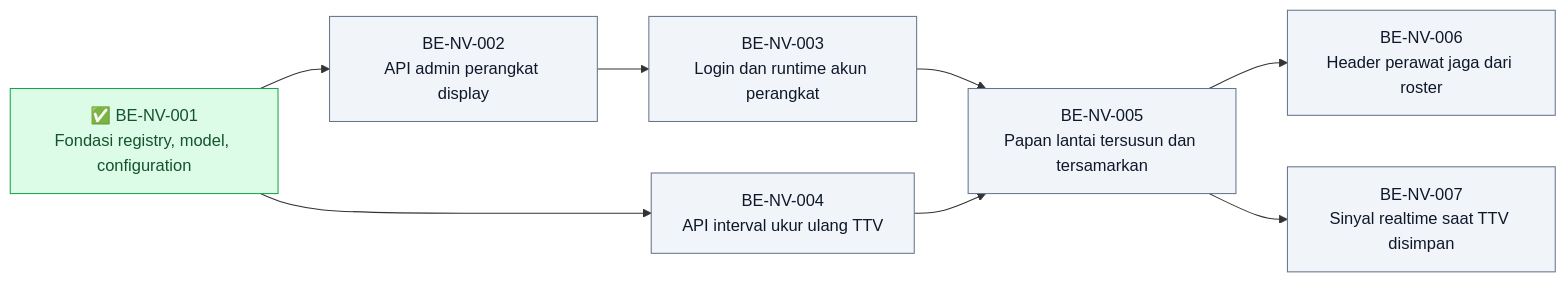
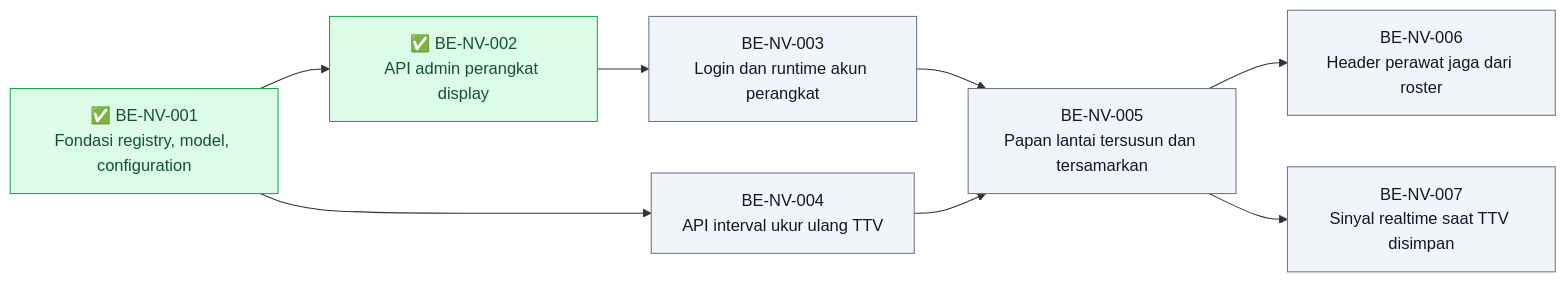
The diagram in docs/module-blueprints/nurse-view/roadmap/backend-roadmap.md (DevBenari/NewQuilvianSystemBackend), drawn with Mermaid before and after one commit. The commit also changed other lines of this file and 12 other files, not shown here.

````diff
--- a/docs/module-blueprints/nurse-view/roadmap/backend-roadmap.md
+++ b/docs/module-blueprints/nurse-view/roadmap/backend-roadmap.md
@@ -22,24 +22,24 @@
 ```mermaid
 flowchart LR
     classDef selesai fill:#DCFCE7,stroke:#16A34A,color:#14532D
     classDef sebagian fill:#FEF9C3,stroke:#CA8A04,color:#713F12
     classDef terblokir fill:#FEE2E2,stroke:#DC2626,color:#7F1D1D
     classDef belum fill:#F1F5F9,stroke:#64748B,color:#0F172A
     classDef luar fill:#EDE9FE,stroke:#7C3AED,color:#3B0764
 
     BENV001["✅ BE-NV-001<br/>Fondasi registry, model, configuration"]:::selesai
-    BENV002["BE-NV-002<br/>API admin perangkat display"]:::belum
+    BENV002["✅ BE-NV-002<br/>API admin perangkat display"]:::selesai
     BENV003["BE-NV-003<br/>Login dan runtime akun perangkat"]:::belum
     BENV004["BE-NV-004<br/>API interval ukur ulang TTV"]:::belum
     BENV005["BE-NV-005<br/>Papan lantai tersusun dan tersamarkan"]:::belum
     BENV006["BE-NV-006<br/>Header perawat jaga dari roster"]:::belum
     BENV007["BE-NV-007<br/>Sinyal realtime saat TTV disimpan"]:::belum
 
     BENV001 --> BENV002
     BENV001 --> BENV004
     BENV002 --> BENV003
     BENV003 --> BENV005
     BENV004 --> BENV005
     BENV005 --> BENV006
     BENV005 --> BENV007
 ```
````
